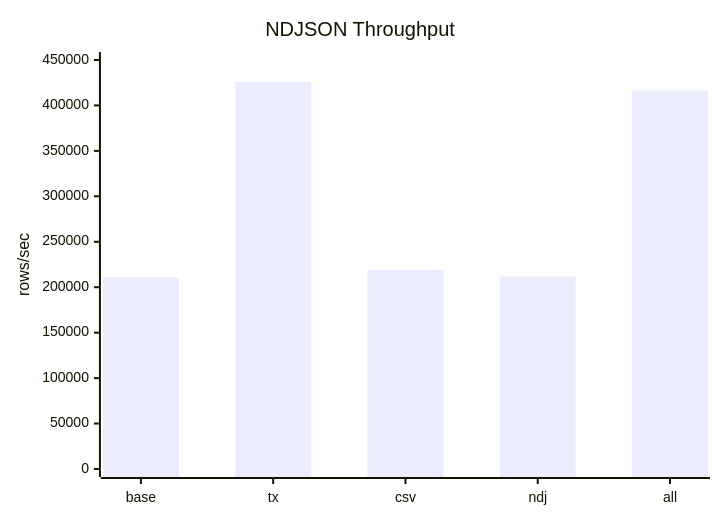
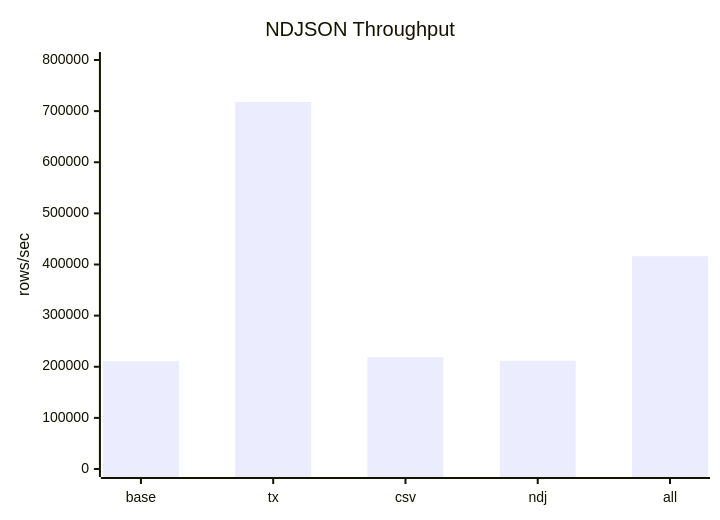
Before and after one commit to Raynhardt-Van-Zyl/noda-interview: the sixth of 6 diagrams in METRICS.md, drawn with Mermaid. The commit also changed other lines of this file, not shown here.

````diff
--- a/METRICS.md
+++ b/METRICS.md
@@ -112,7 +112,7 @@
 ```mermaid
 xychart-beta
     title "NDJSON Throughput"
     x-axis ["base", "tx", "csv", "ndj", "all"]
-    y-axis "rows/sec" 0 --> 450000
-    bar [210861, 425854, 218718, 211743, 416316]
+    y-axis "rows/sec" 0 --> 800000
+    bar [210861, 717949, 218718, 211743, 416316]
 ```
````
